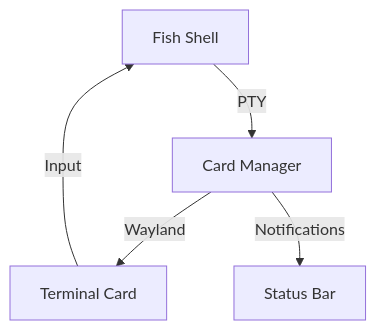
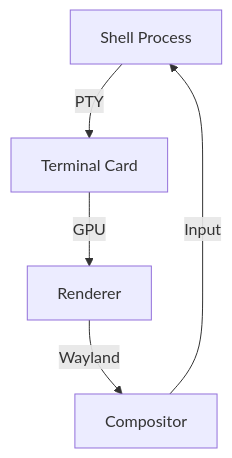
The diagram in src/1-principles/terminal-first-desktop.md (ayni-collective/docs), drawn with Mermaid before and after one commit. The commit also changed other lines of this file and 7 other files, not shown here.

````diff
--- a/src/1-principles/terminal-first-desktop.md
+++ b/src/1-principles/terminal-first-desktop.md
@@ -97,7 +72,7 @@
 ```mermaid
 graph TB
-    A[Fish Shell] -->|PTY| B[Card Manager]
-    B -->|Wayland| C[Terminal Card]
-    C -->|Input| A
-    B -->|Notifications| D[Status Bar]
+    A[Shell Process] -->|PTY| B[Terminal Card]
+    B -->|GPU| C[Renderer]
+    C -->|Wayland| D[Compositor]
+    D -->|Input| A
 ```
````
